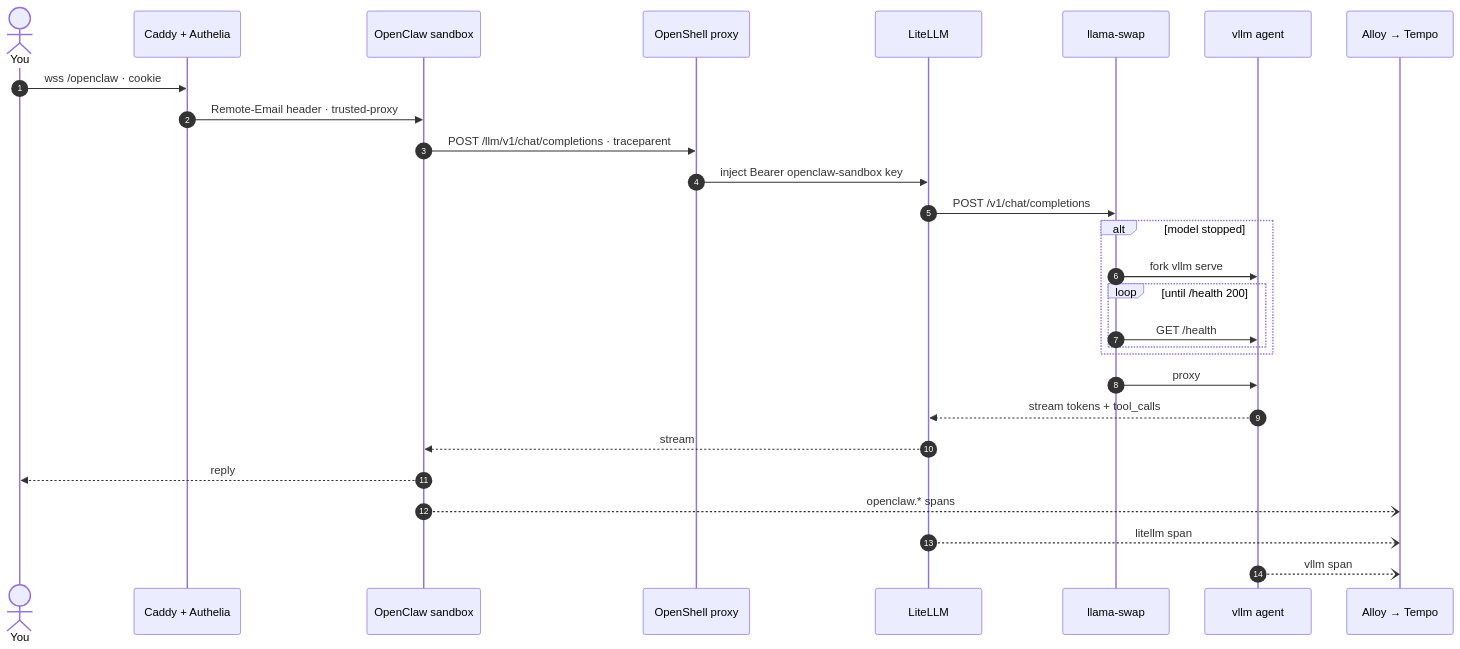
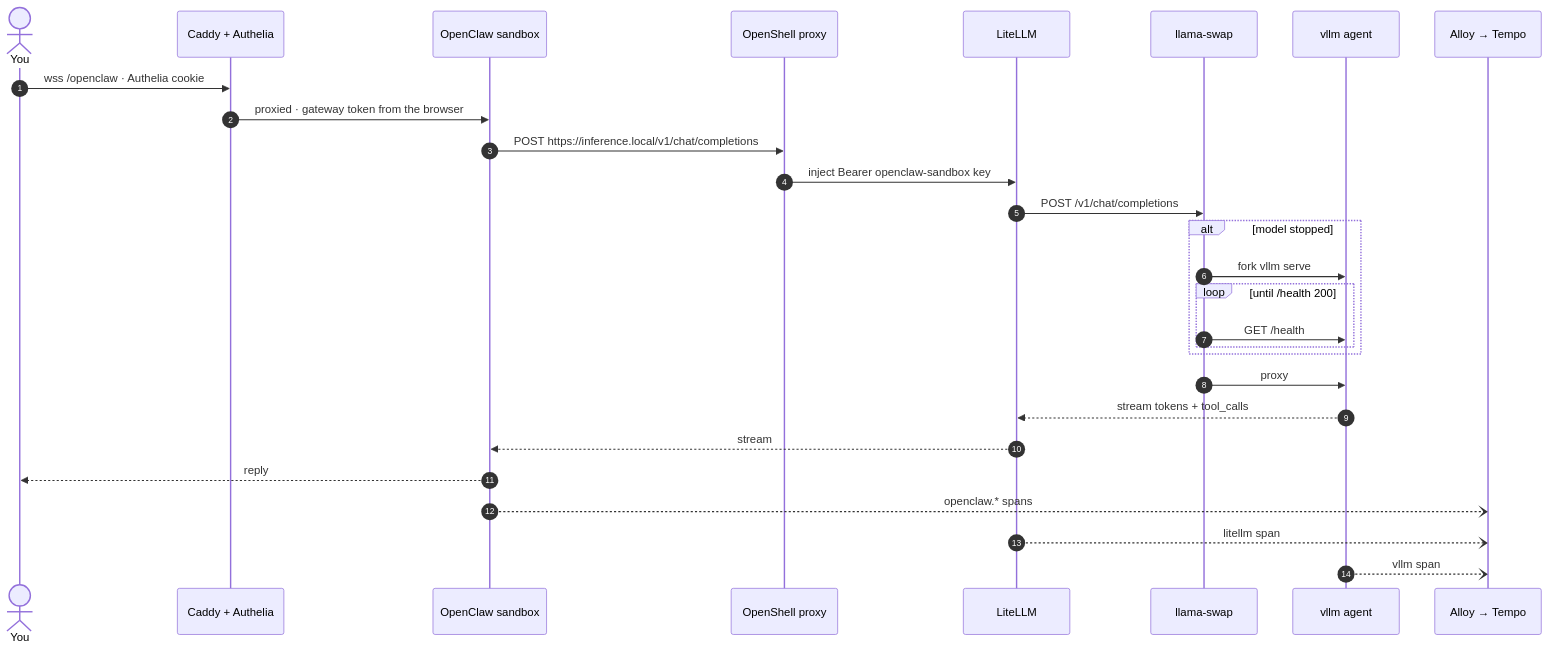
Before and after one commit to ravikiranvs/gb10-ai-stack: diagram 11 of 15 in gb10-agent-stack.md, drawn with Mermaid. The commit also changed other lines of this file and 13 other files, not shown here.

````diff
--- a/gb10-agent-stack.md
+++ b/gb10-agent-stack.md
@@ -583,31 +595,31 @@
 ```mermaid
 sequenceDiagram
     autonumber
     actor U as You
     participant C as Caddy + Authelia
     participant OC as OpenClaw sandbox
     participant OS as OpenShell proxy
     participant L as LiteLLM
     participant LS as llama-swap
     participant V as vllm agent
     participant T as Alloy → Tempo
 
-    U->>C: wss /openclaw · cookie
-    C->>OC: Remote-Email header · trusted-proxy
-    OC->>OS: POST /llm/v1/chat/completions · traceparent
+    U->>C: wss /openclaw · Authelia cookie
+    C->>OC: proxied · gateway token from the browser
+    OC->>OS: POST https://inference.local/v1/chat/completions
     OS->>L: inject Bearer openclaw-sandbox key
     L->>LS: POST /v1/chat/completions
     alt model stopped
         LS->>V: fork vllm serve
         loop until /health 200
             LS->>V: GET /health
         end
     end
     LS->>V: proxy
     V-->>L: stream tokens + tool_calls
     L-->>OC: stream
     OC-->>U: reply
     OC--)T: openclaw.* spans
     L--)T: litellm span
     V--)T: vllm span
 ```
````
